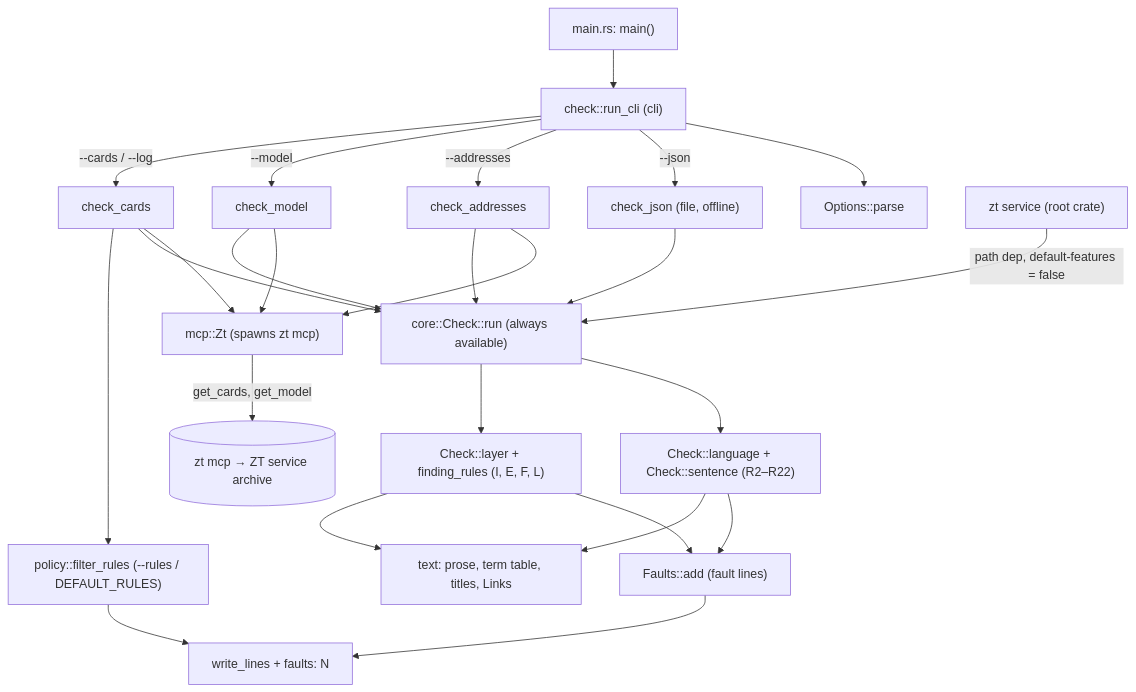
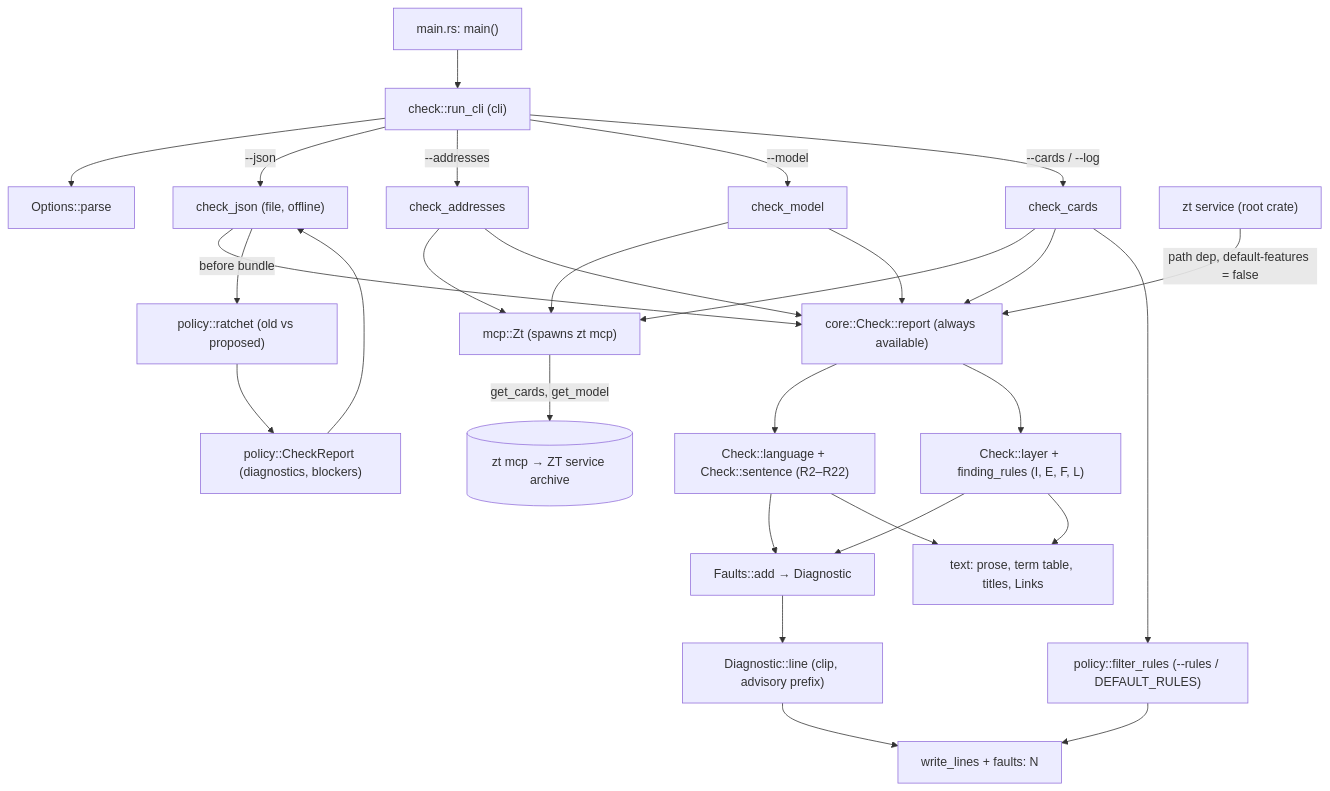
The diagram in docs/wiki/zt-check.md (liudesheng9/zet), drawn with Mermaid before and after one commit. The commit also changed other lines of this file and 14 other files, not shown here.

````diff
--- a/docs/wiki/zt-check.md
+++ b/docs/wiki/zt-check.md
@@ -70,20 +77,24 @@
 ```mermaid
 flowchart TD
     main["main.rs: main()"] --> cli["check::run_cli (cli)"]
     cli --> parse["Options::parse"]
     cli -->|--json| cj["check_json (file, offline)"]
     cli -->|--addresses| ca["check_addresses"]
     cli -->|--model| cm["check_model"]
     cli -->|--cards / --log| cc["check_cards"]
     ca & cm & cc --> zt["mcp::Zt (spawns zt mcp)"]
     zt -->|get_cards, get_model| server[("zt mcp → ZT service archive")]
-    cj & ca & cm & cc --> run["core::Check::run (always available)"]
+    cj & ca & cm & cc --> run["core::Check::report (always available)"]
     run --> lang["Check::language + Check::sentence (R2–R22)"]
     run --> layer["Check::layer + finding_rules (I, E, F, L)"]
-    lang & layer --> faults["Faults::add (fault lines)"]
+    lang & layer --> faults["Faults::add → Diagnostic"]
     lang & layer --> txt["text: prose, term table, titles, Links"]
+    faults --> lines["Diagnostic::line (clip, advisory prefix)"]
+    cj -->|before bundle| ratchet["policy::ratchet (old vs proposed)"]
+    ratchet --> report["policy::CheckReport (diagnostics, blockers)"]
+    report --> cj
     cc --> filter["policy::filter_rules (--rules / DEFAULT_RULES)"]
-    faults --> out["write_lines + faults: N"]
+    lines --> out["write_lines + faults: N"]
     filter --> out
     svc["zt service (root crate)"] -->|"path dep, default-features = false"| run
 ```
````
